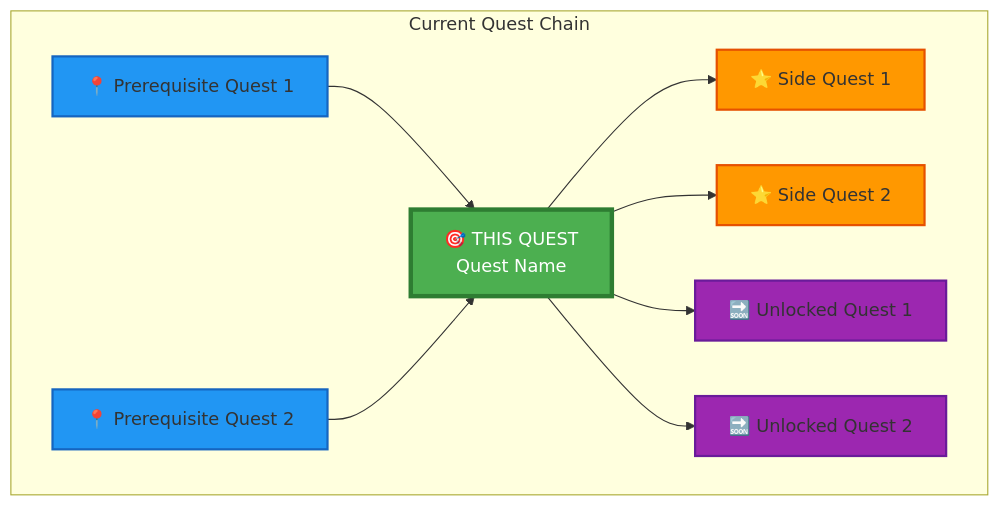
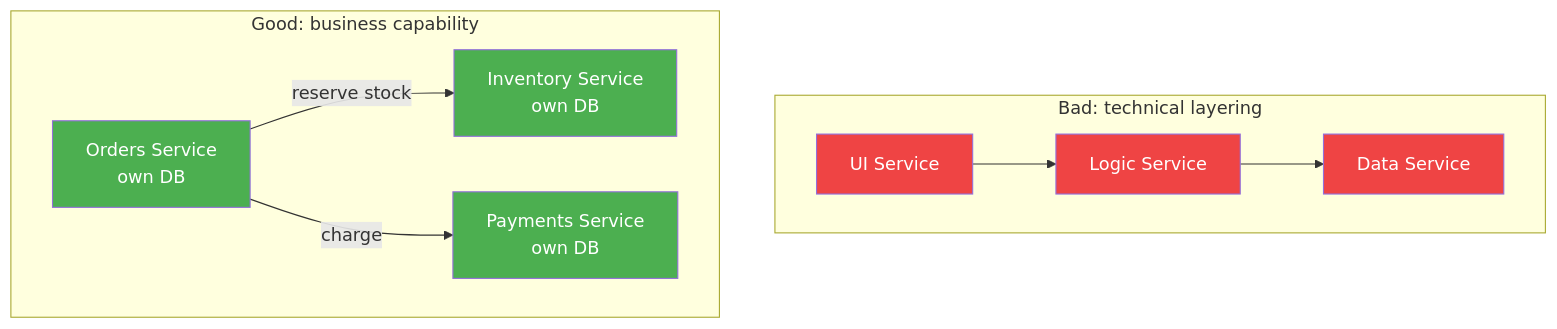
One commit to bamr87/it-journey changed the diagram in pages/_quests/1110/microservices-architecture.md. Above: the diagram before and after it, drawn with Mermaid. The commit also changed other lines of this file and 284 other files, not shown here.

First line of the commit message:
feat(quests): overhaul quest module — schema, content, hub UI, and CI/CD

````diff
--- a/pages/_quests/1110/microservices-architecture.md
+++ b/pages/_quests/1110/microservices-architecture.md
@@ -108,27 +233,19 @@
 ```mermaid
 graph TB
-    subgraph "Current Quest Chain"
-        PreReq1[📍 Prerequisite Quest 1]
-        PreReq2[📍 Prerequisite Quest 2]
-        Current[🎯 THIS QUEST<br/>Quest Name]
-        Side1[⭐ Side Quest 1]
-        Side2[⭐ Side Quest 2]
-        Next1[🔜 Unlocked Quest 1]
-        Next2[🔜 Unlocked Quest 2]
+    subgraph Bad: technical layering
+        L1[UI Service] --> L2[Logic Service] --> L3[Data Service]
     end
-    
-    PreReq1 --> Current
-    PreReq2 --> Current
-    Current --> Side1
-    Current --> Side2
-    Current --> Next1
-    Current --> Next2
-    
-    style Current fill:#4CAF50,stroke:#2E7D32,stroke-width:4px,color:#fff
-    style PreReq1 fill:#2196F3,stroke:#1565C0,stroke-width:2px
-    style PreReq2 fill:#2196F3,stroke:#1565C0,stroke-width:2px
-    style Side1 fill:#FF9800,stroke:#E65100,stroke-width:2px
-    style Side2 fill:#FF9800,stroke:#E65100,stroke-width:2px
-    style Next1 fill:#9C27B0,stroke:#6A1B9A,stroke-width:2px
-    style Next2 fill:#9C27B0,stroke:#6A1B9A,stroke-width:2px
+    subgraph Good: business capability
+        Orders[Orders Service<br/>own DB]
+        Inventory[Inventory Service<br/>own DB]
+        Payments[Payments Service<br/>own DB]
+        Orders -->|reserve stock| Inventory
+        Orders -->|charge| Payments
+    end
+    style L1 fill:#ef4444,color:#fff
+    style L2 fill:#ef4444,color:#fff
+    style L3 fill:#ef4444,color:#fff
+    style Orders fill:#4CAF50,color:#fff
+    style Inventory fill:#4CAF50,color:#fff
+    style Payments fill:#4CAF50,color:#fff
 ```
````
